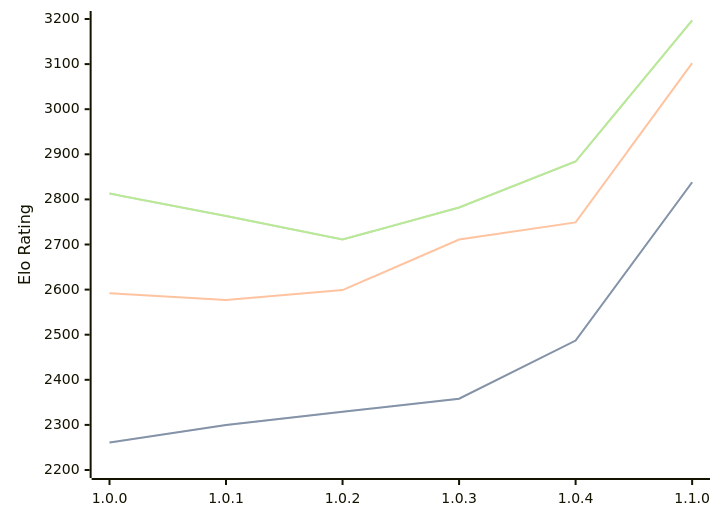
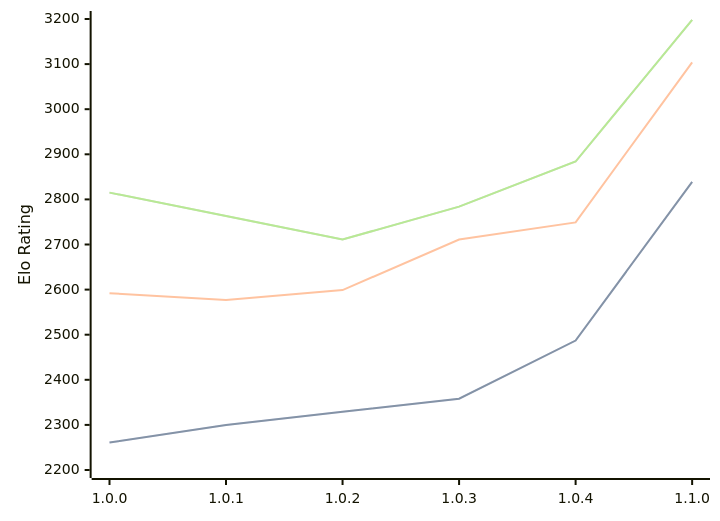
Before and after one commit to computer-chess-index/cci: the diagram in engines/Grail.md, drawn with Mermaid. The commit also changed other lines of this file, not shown here.

Commit message:
Update CCI Ratings (ELO VLTC) - 2026-04-07

````diff
--- a/engines/Grail.md
+++ b/engines/Grail.md
@@ -36,11 +36,11 @@
 ```mermaid
 %%{init: {"theme":"base","themeVariables":{"seriesColors:['#a3a3a3','#222221','#faa371']}}}%%
 xychart-beta
   x-axis ["1.0.0", "1.0.1", "1.0.2", "1.0.3", "1.0.4", "1.1.0"]
   y-axis "Elo Rating" 2200 --> 3200
-  line "STC (8.0+0.08s)" [2261, 2300, 2329, 2358, 2487, 2838]
-  line "STC (8.0+0.08s)" [2261, 2300, 2329, 2358, 2487, 2838]
-  line "LTC (60.0+0.60s)" [2592, 2577, 2599, 2711, 2749, 3102]
-  line "VLTC (2m24s+1.12s)" [2813, 2763, 2711, 2782, 2884, 3197]
-  line "VLTC (2m24s+1.12s)" [2813, 2763, 2711, 2782, 2884, 3197]
+  line "STC (8.0+0.08s)" [2261, 2300, 2329, 2358, 2487, 2839]
+  line "STC (8.0+0.08s)" [2261, 2300, 2329, 2358, 2487, 2839]
+  line "LTC (60.0+0.60s)" [2592, 2577, 2599, 2711, 2749, 3104]
+  line "VLTC (2m24s+1.12s)" [2815, 2763, 2711, 2784, 2884, 3198]
+  line "VLTC (2m24s+1.12s)" [2815, 2763, 2711, 2784, 2884, 3198]
 ```
````
